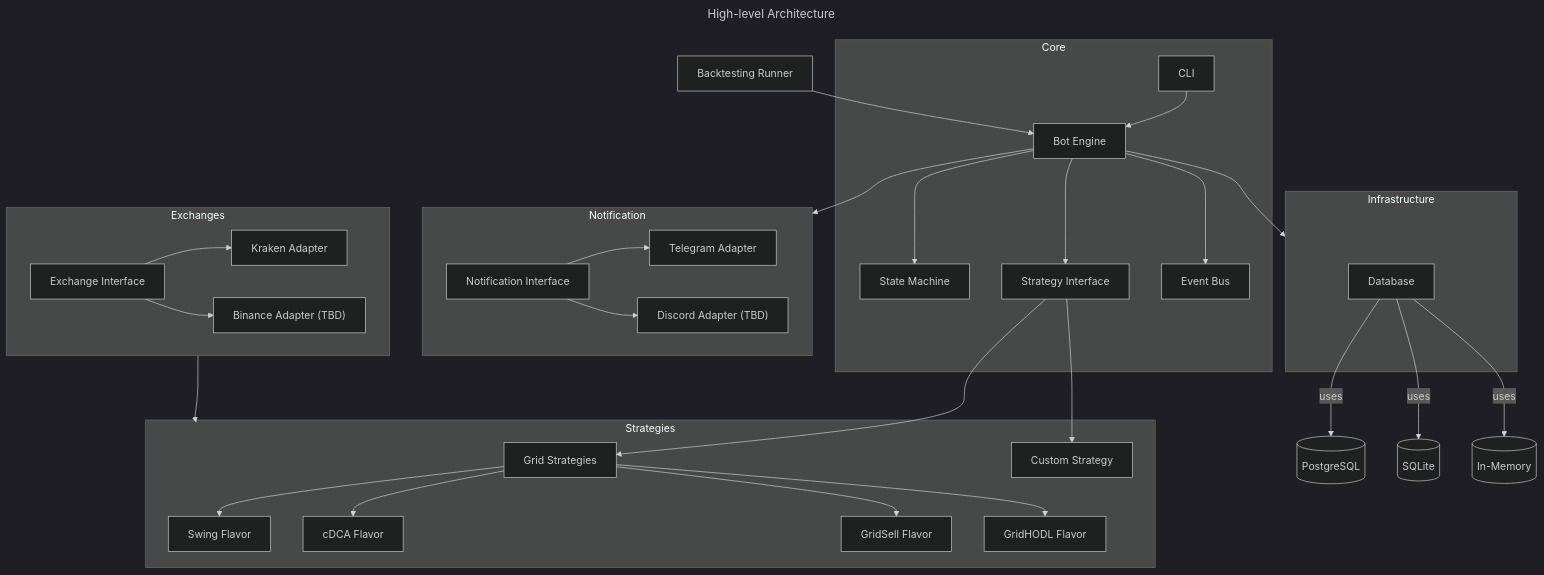
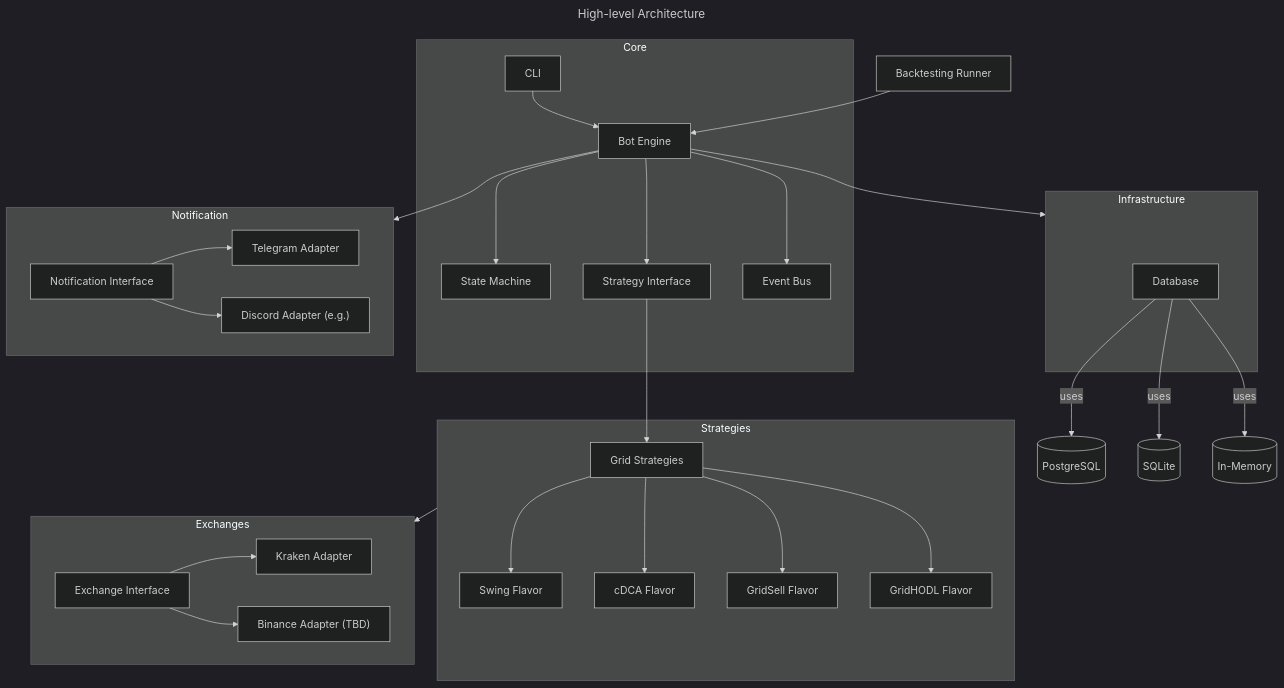
One commit to btschwertfeger/kraken-infinity-grid changed the diagram in doc/architecture.md. Above: the diagram before and after it, drawn with Mermaid. The commit also changed other lines of this file and 1 other file, not shown here.

````diff
--- a/doc/architecture.md
+++ b/doc/architecture.md
@@ -72,70 +72,67 @@
 ```mermaid
 ---
 title: High-level Architecture
 ---
 
 %%{init: {'theme':'dark'}}%%
 graph TD
   subgraph Core
     CLI[CLI]
     BE[Bot Engine]
     SM[State Machine]
     STRIF[Strategy Interface]
     EB[Event Bus]
   end
 
   subgraph Infrastructure
     DB[Database]
   end
 
   BTR[Backtesting Runner]
 
   subgraph Notification
     NOTIF[Notification Interface]
     TGM[Telegram Adapter]
-    DISC["Discord Adapter (TBD)"]
+    DISC["Discord Adapter (e.g.)"]
   end
 
   subgraph Strategies
     GRID[Grid Strategies]
-    EVENT[Custom Strategy]
     SWING[Swing Flavor]
     CDCA[cDCA Flavor]
     GRIDSELL[GridSell Flavor]
     GRIDHODL[GridHODL Flavor]
-
   end
 
   subgraph Exchanges
     EXIF[Exchange Interface]
     KRA[Kraken Adapter]
     BIN["Binance Adapter (TBD)"]
   end
 
 
   STRIF --> GRID
-  STRIF --> EVENT
   GRID --> SWING
   GRID --> CDCA
   GRID --> GRIDSELL
   GRID --> GRIDHODL
 
   BE --> Notification
   CLI --> BE
   BTR --> BE
   BE --> SM
   BE --> STRIF
   BE --> Infrastructure
   BE --> EB
   DB -->|uses| POSTGRES[(PostgreSQL)]
   DB -->|uses| SQLITE[(SQLite)]
   DB -->|uses| MEMORY[(In-Memory)]
 
-  Exchanges --> Strategies
+  Strategies --> Exchanges
 
   EXIF --> KRA
   EXIF --> BIN
   NOTIF --> TGM
   NOTIF --> DISC
 
 ```
````
